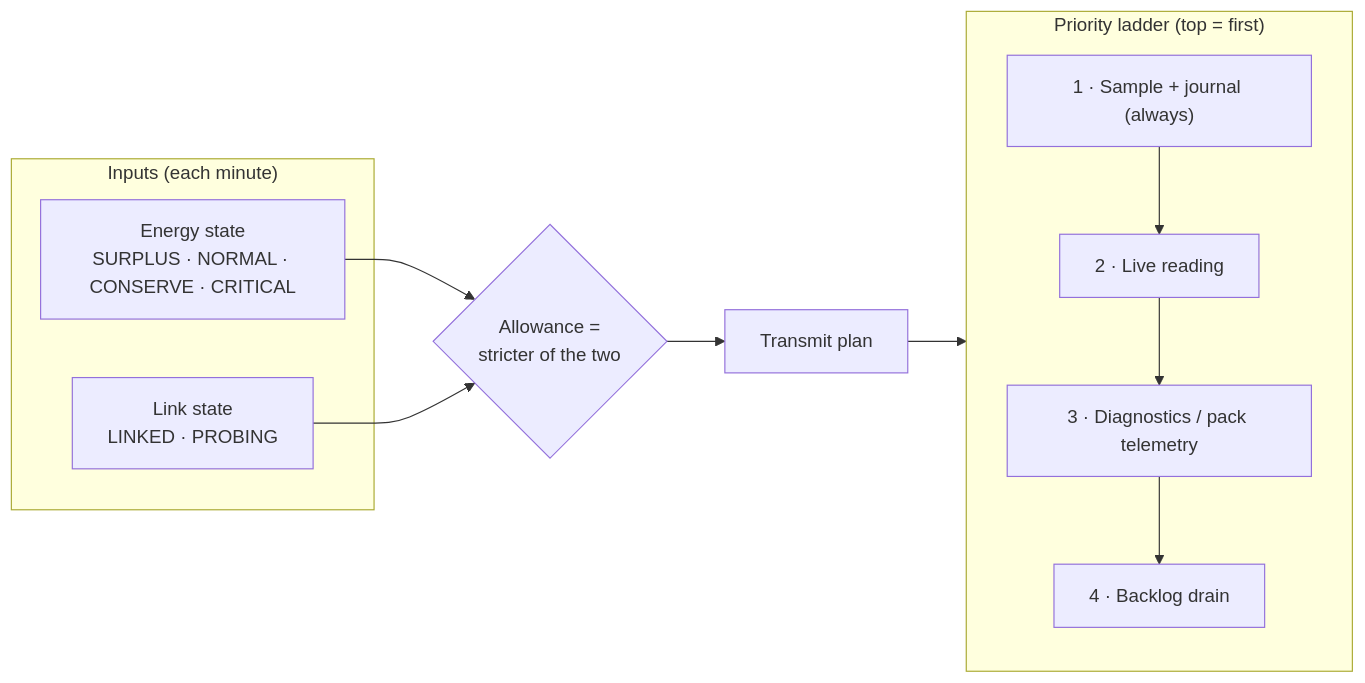
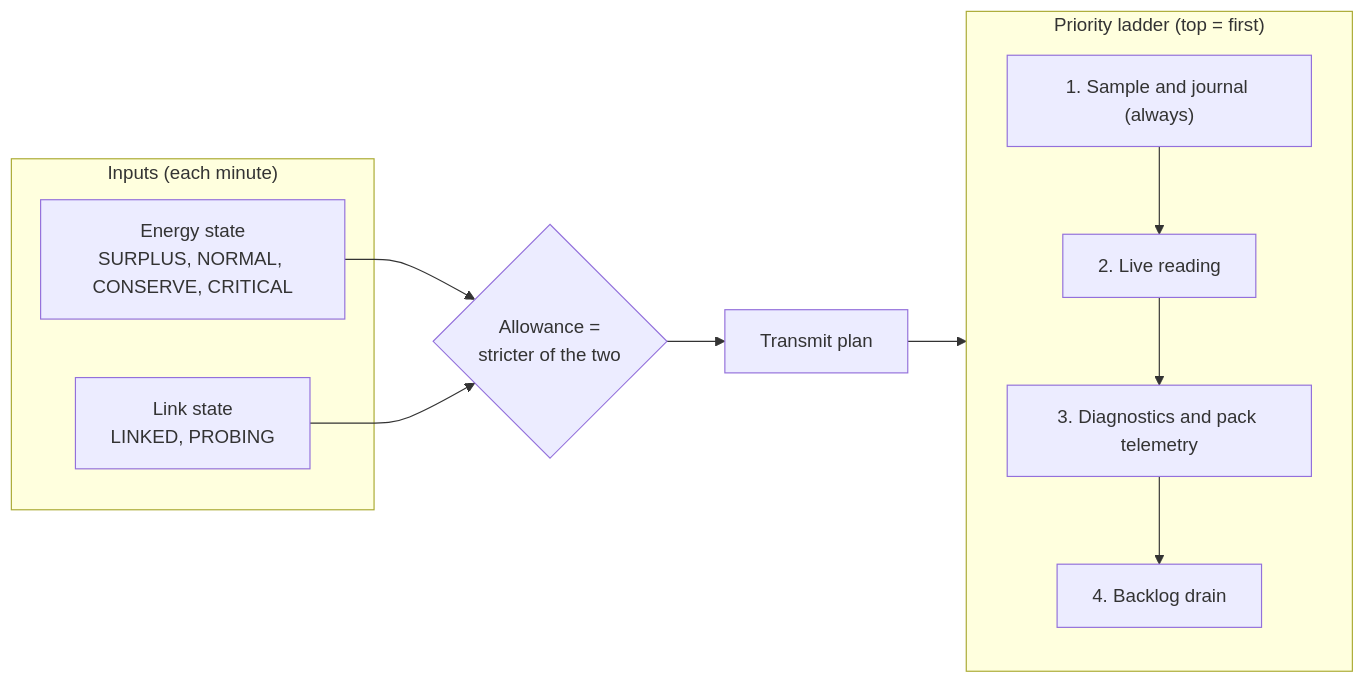
Before and after one commit to clintecker/weather-station-2026: the first of 4 diagrams in docs/radio-energy-policy.md, drawn with Mermaid. The commit also changed other lines of this file and 25 other files, not shown here.

First line of the commit message:
Docs: Mermaid diagrams, no insider jargon, stale figures corrected

````diff
--- a/docs/radio-energy-policy.md
+++ b/docs/radio-energy-policy.md
@@ -66,19 +75,19 @@
 ```mermaid
 flowchart LR
   subgraph IN["Inputs (each minute)"]
-    E["Energy state<br/>SURPLUS · NORMAL · CONSERVE · CRITICAL"]
-    L["Link state<br/>LINKED · PROBING"]
+    E["Energy state<br/>SURPLUS, NORMAL, CONSERVE, CRITICAL"]
+    L["Link state<br/>LINKED, PROBING"]
   end
   E --> A{"Allowance =<br/>stricter of the two"}
   L --> A
   A --> P["Transmit plan"]
   subgraph LADDER["Priority ladder (top = first)"]
     direction TB
-    p1["1 · Sample + journal (always)"]
-    p2["2 · Live reading"]
-    p3["3 · Diagnostics / pack telemetry"]
-    p4["4 · Backlog drain"]
+    p1["1. Sample and journal (always)"]
+    p2["2. Live reading"]
+    p3["3. Diagnostics and pack telemetry"]
+    p4["4. Backlog drain"]
     p1 --> p2 --> p3 --> p4
   end
   P --> LADDER
 ```
````
